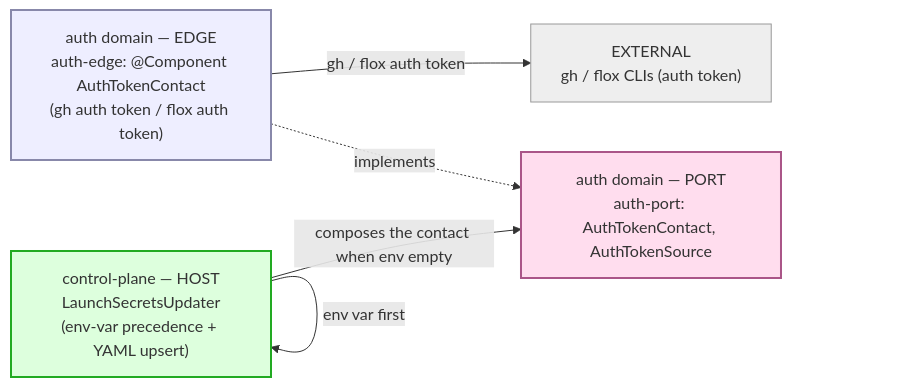
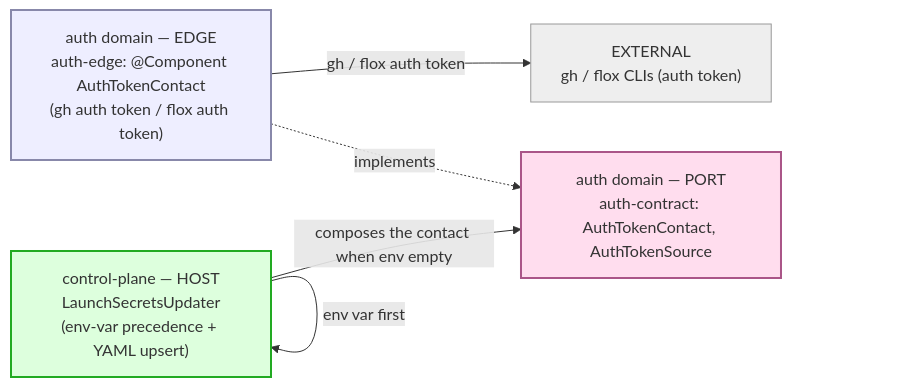
One commit to nxmatic/rke2lab changed the diagram in docs/architecture/osgi/auth-edge-spec.adoc. Above: the diagram before and after it, drawn with Mermaid. The commit also changed other lines of this file and 25 other files, not shown here.

```diff
--- a/docs/architecture/osgi/auth-edge-spec.adoc
+++ b/docs/architecture/osgi/auth-edge-spec.adoc
@@ -47,20 +47,20 @@
 [mermaid]
 ....
 flowchart LR
   world["EXTERNAL<br/>gh / flox CLIs (auth token)"]
   edge["auth domain — EDGE<br/>auth-edge: @Component AuthTokenContact<br/>(gh auth token / flox auth token)"]
-  aport["auth domain — PORT<br/>auth-port: AuthTokenContact, AuthTokenSource"]
+  aport["auth domain — PORT<br/>auth-contract: AuthTokenContact, AuthTokenSource"]
   host["control-plane — HOST<br/>LaunchSecretsUpdater<br/>(env-var precedence + YAML upsert)"]
   host -->|env var first| host
   host -->|composes the contact when env empty| aport
   edge -.->|implements| aport
   edge -->|gh / flox auth token| world
   classDef e fill:#eef,stroke:#88a,stroke-width:2px;
   classDef p fill:#fde,stroke:#a58,stroke-width:2px;
   classDef h fill:#dfd,stroke:#2a2,stroke-width:2px;
   classDef w fill:#eee,stroke:#999,stroke-width:1px;
   class edge e;
   class aport p;
   class host h;
   class world w;
 ....
```
